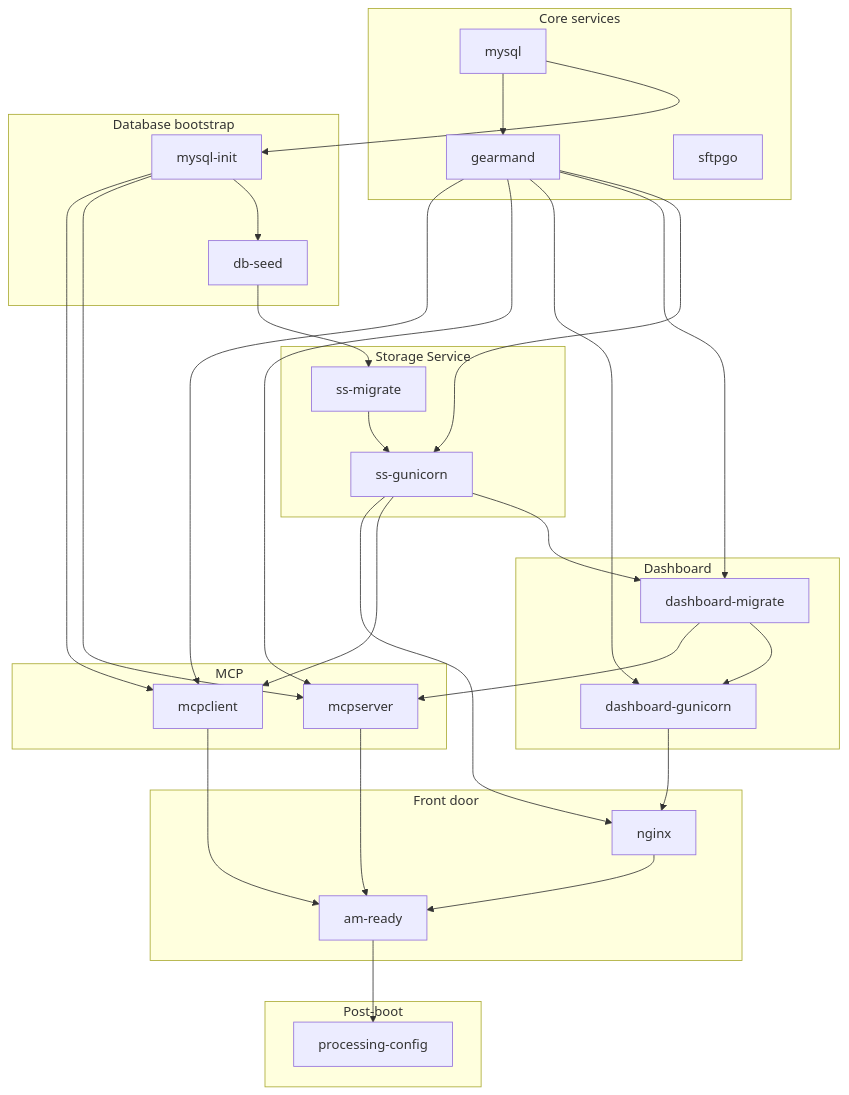
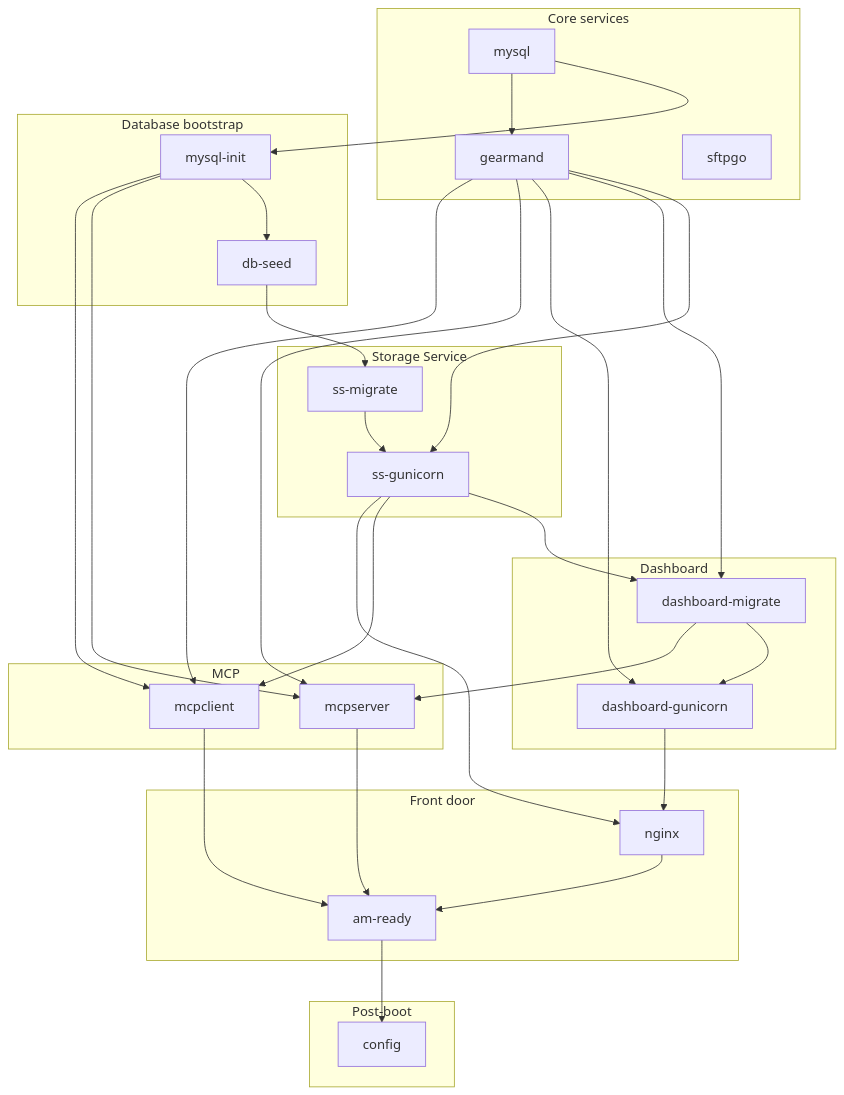
The diagram in hack/box/README.md (sevein/ambox), drawn with Mermaid before and after one commit. The commit also changed other lines of this file and 13 other files, not shown here.

````diff
--- a/hack/box/README.md
+++ b/hack/box/README.md
@@ -124,68 +153,68 @@
 ```mermaid
 flowchart TB
   subgraph Core[Core services]
     mysql[mysql]
     gearmand[gearmand]
     sftpgo[sftpgo]
   end
 
   subgraph Bootstrap[Database bootstrap]
     mysql_init[mysql-init]
     db_seed[db-seed]
   end
 
   subgraph SS[Storage Service]
     ss_migrate[ss-migrate]
     ss_gunicorn[ss-gunicorn]
   end
 
   subgraph Dash[Dashboard]
     dashboard_migrate[dashboard-migrate]
     dashboard_gunicorn[dashboard-gunicorn]
   end
 
   subgraph MCP[MCP]
     mcpserver[mcpserver]
     mcpclient[mcpclient]
   end
 
   subgraph Front[Front door]
     nginx[nginx]
     am_ready[am-ready]
   end
 
   subgraph Post[Post-boot]
-    processing_config[processing-config]
+    config[config]
   end
 
   %% Core deps
   mysql --> mysql_init --> db_seed
   mysql --> gearmand
 
   %% Storage Service
   db_seed --> ss_migrate --> ss_gunicorn
   gearmand --> ss_gunicorn
 
   %% Dashboard
   ss_gunicorn --> dashboard_migrate --> dashboard_gunicorn
   gearmand --> dashboard_migrate
   gearmand --> dashboard_gunicorn
 
   %% MCP
   mysql_init --> mcpserver
   dashboard_migrate --> mcpserver
   gearmand --> mcpserver
   mysql_init --> mcpclient
   ss_gunicorn --> mcpclient
   gearmand --> mcpclient
 
   %% Nginx + readiness marker
   dashboard_gunicorn --> nginx
   ss_gunicorn --> nginx
   mcpserver --> am_ready
   mcpclient --> am_ready
   nginx --> am_ready
 
   %% Post-boot config
-  am_ready --> processing_config
+  am_ready --> config
 ```
````
